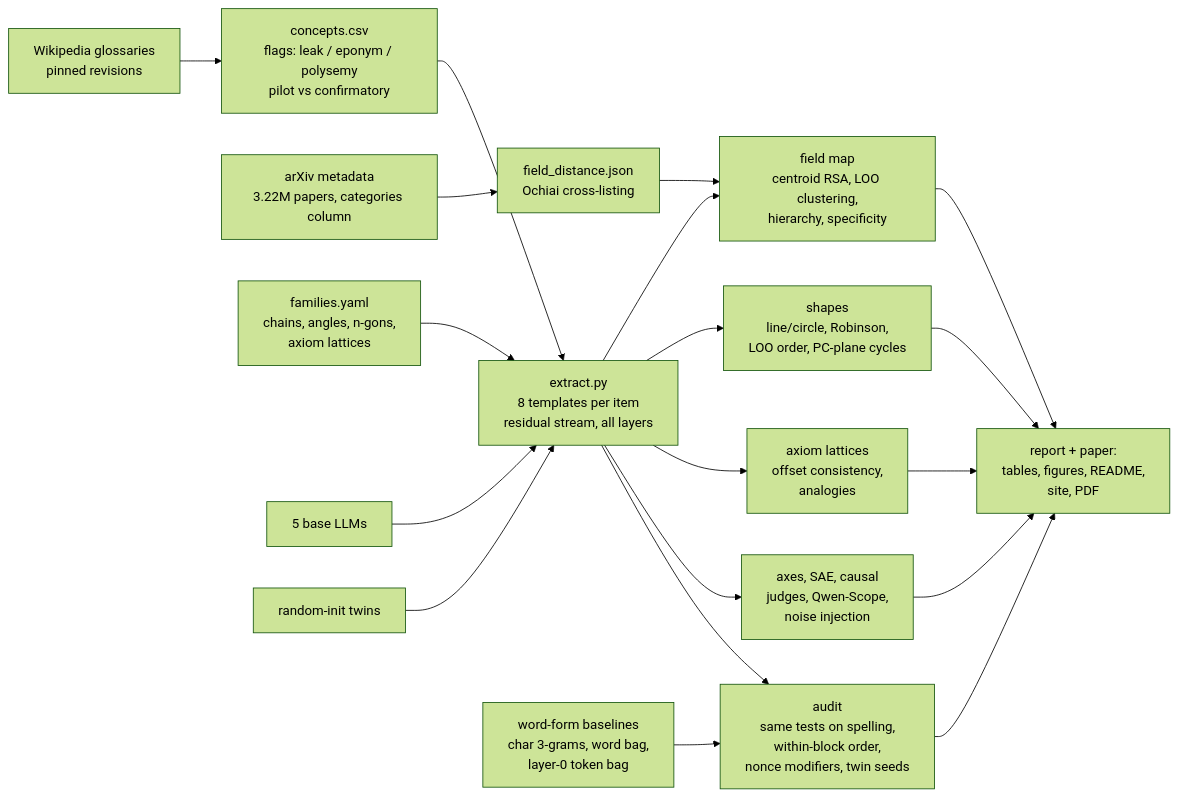
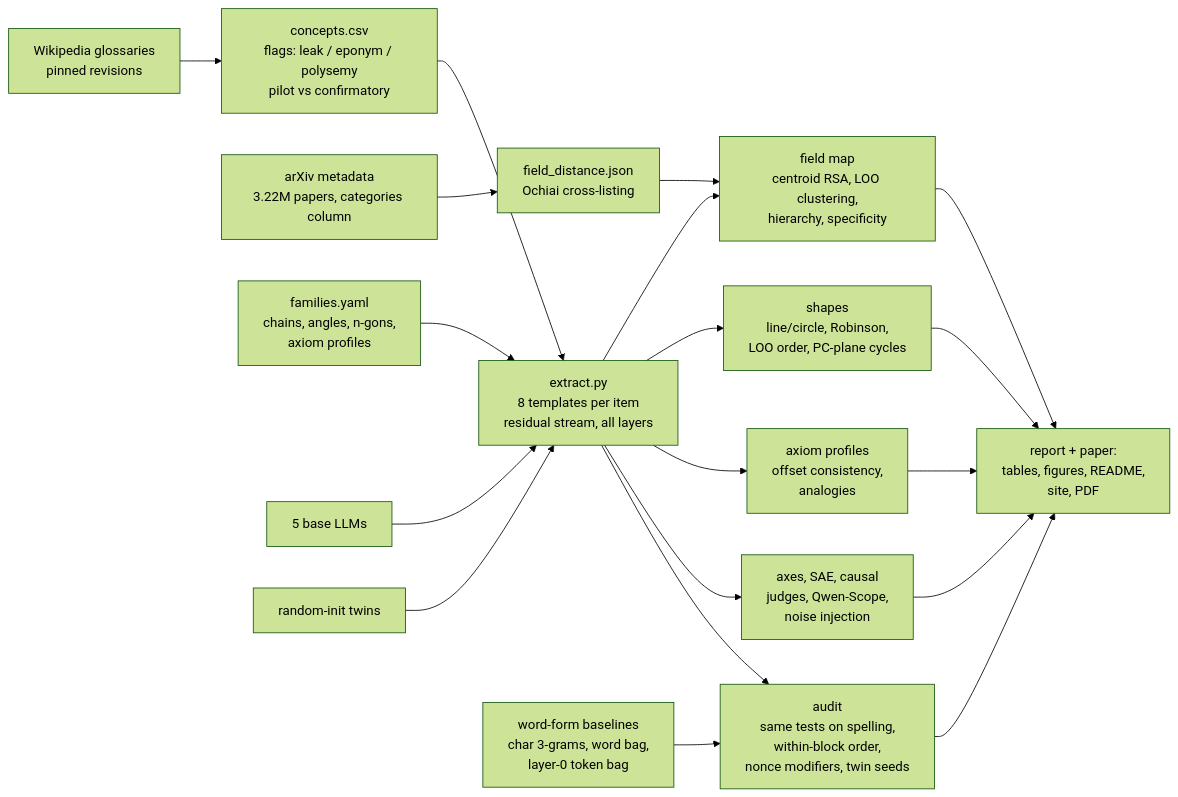
The diagram in README.md (BurnyCoder/geometry-of-representations-of-mathematics-in-llms), drawn with Mermaid (forest theme) before and after one commit. The commit also changed other lines of this file and 47 other files, not shown here.

````diff
--- a/README.md
+++ b/README.md
@@ -324,17 +330,17 @@
 ```mermaid
 flowchart LR
   W[Wikipedia glossaries<br/>pinned revisions] --> C[concepts.csv<br/>flags: leak / eponym / polysemy<br/>pilot vs confirmatory]
   A[arXiv metadata<br/>3.22M papers, categories column] --> D[field_distance.json<br/>Ochiai cross-listing]
-  F[families.yaml<br/>chains, angles, n-gons,<br/>axiom lattices] --> X
+  F[families.yaml<br/>chains, angles, n-gons,<br/>axiom profiles] --> X
   C --> X[extract.py<br/>8 templates per item<br/>residual stream, all layers]
   M[5 base LLMs] --> X
   R[random-init twins] --> X
   X --> H1[field map<br/>centroid RSA, LOO clustering,<br/>hierarchy, specificity]
   D --> H1
   X --> H2[shapes<br/>line/circle, Robinson,<br/>LOO order, PC-plane cycles]
-  X --> H3[axiom lattices<br/>offset consistency,<br/>analogies]
+  X --> H3[axiom profiles<br/>offset consistency,<br/>analogies]
   X --> H4[axes, SAE, causal<br/>judges, Qwen-Scope,<br/>noise injection]
   L[word-form baselines<br/>char 3-grams, word bag,<br/>layer-0 token bag] --> AU[audit<br/>same tests on spelling,<br/>within-block order,<br/>nonce modifiers, twin seeds]
   X --> AU
   H1 & H2 & H3 & H4 & AU --> REP[report + paper:<br/>tables, figures, README,<br/>site, PDF]
 ```
````
